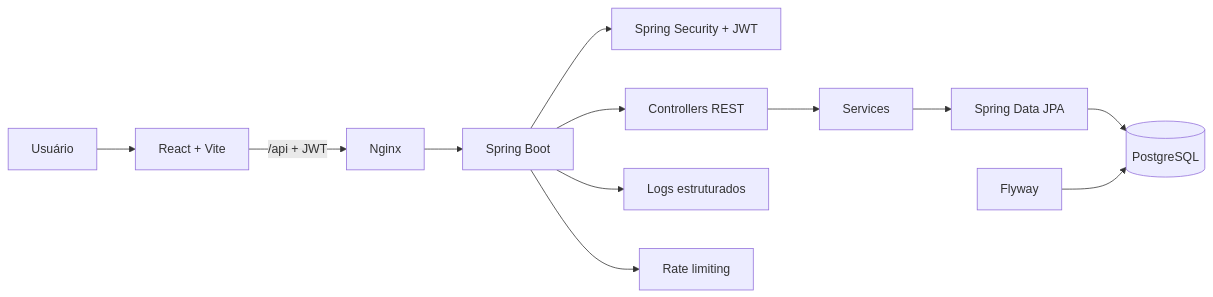
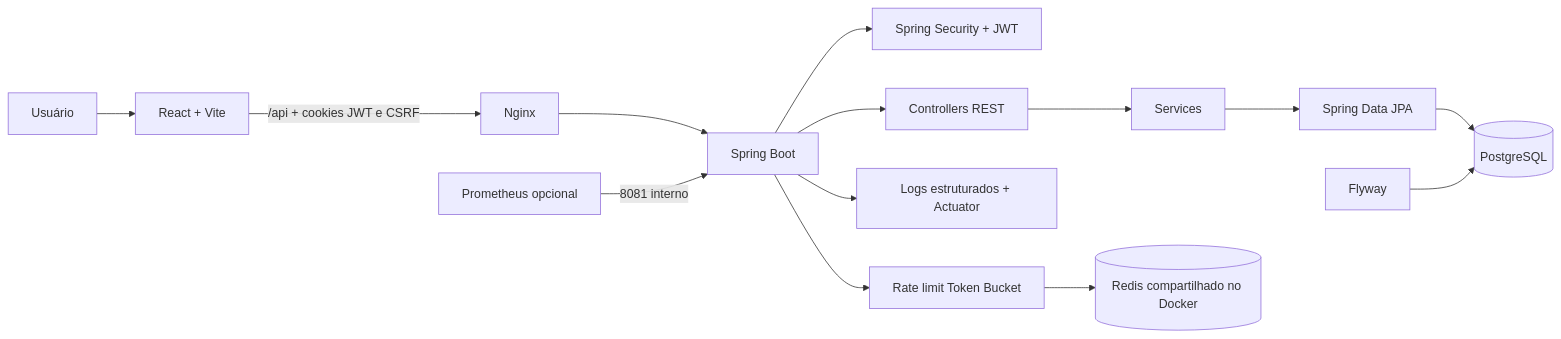
The diagram in ARCHITECTURE.md (juliovlpsp-commits/PROJETO-SGFL_LogiTech), drawn with Mermaid before and after one commit. The commit also changed other lines of this file and 52 other files, not shown here.

````diff
--- a/ARCHITECTURE.md
+++ b/ARCHITECTURE.md
@@ -5,14 +5,16 @@
 ```mermaid
 flowchart LR
     U[Usuário] --> FE[React + Vite]
-    FE -->|/api + JWT| NG[Nginx]
+    FE -->|/api + cookies JWT e CSRF| NG[Nginx]
     NG --> API[Spring Boot]
     API --> SEC[Spring Security + JWT]
     API --> CTRL[Controllers REST]
     CTRL --> SVC[Services]
     SVC --> REP[Spring Data JPA]
     REP --> DB[(PostgreSQL)]
     MIG[Flyway] --> DB
-    API --> OBS[Logs estruturados]
-    API --> RL[Rate limiting]
+    API --> OBS[Logs estruturados + Actuator]
+    API --> RL[Rate limit Token Bucket]
+    RL --> REDIS[(Redis compartilhado no Docker)]
+    PROM[Prometheus opcional] -->|8081 interno| API
 ```
````
